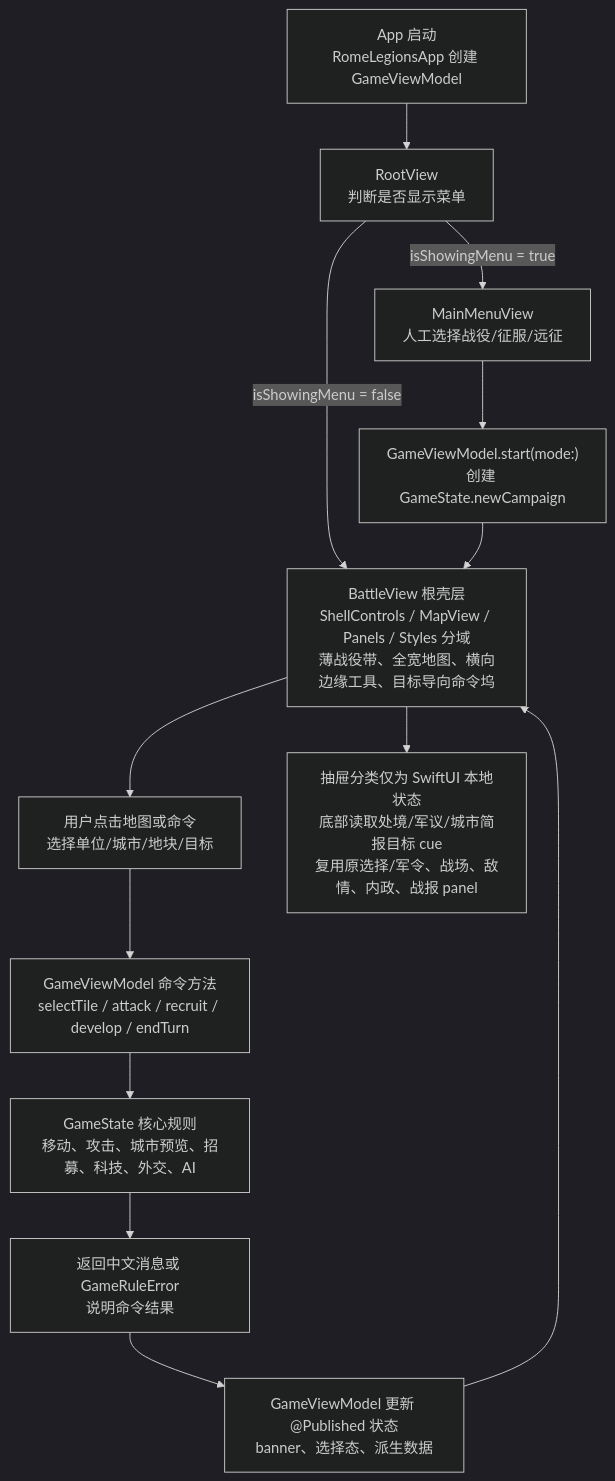
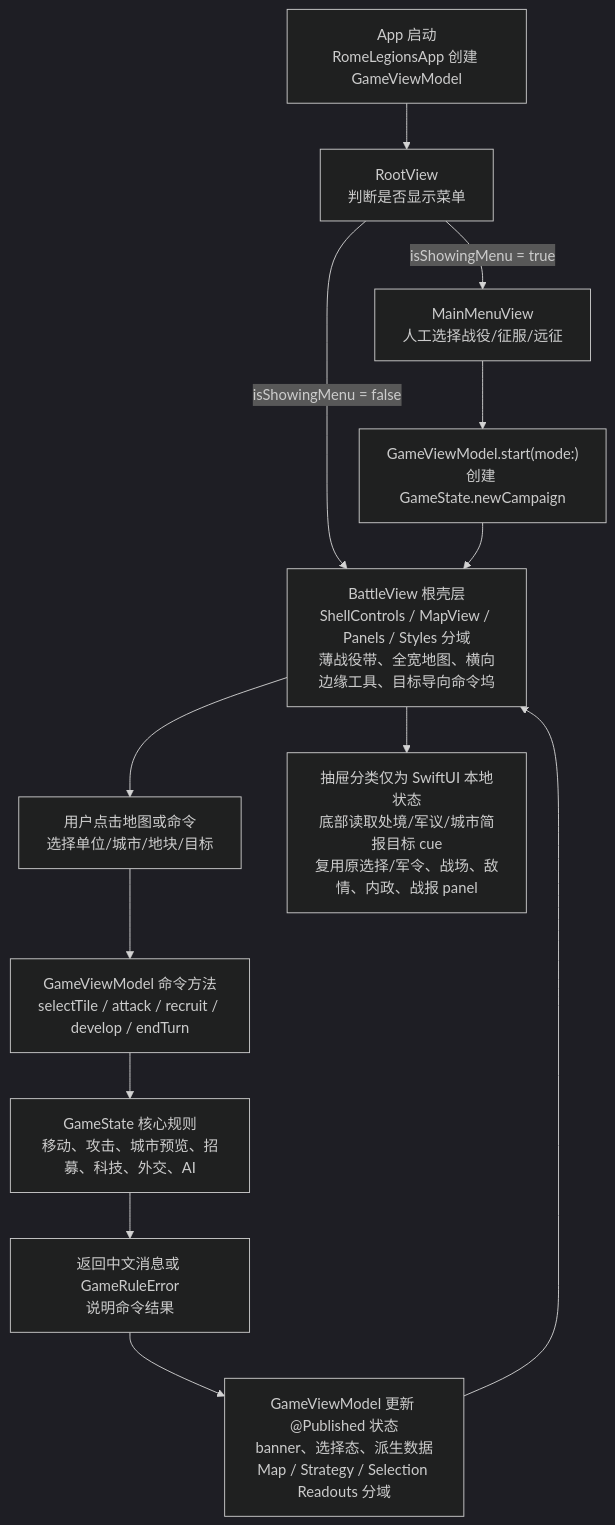
Before and after one commit to Altman-sam114/119: the first of 7 diagrams in md/flow/flowchart.md, drawn with Mermaid (dark theme). The commit also changed 14 other files, not shown here.

Commit message:
refactor(ui): split view model readouts

````diff
--- a/md/flow/flowchart.md
+++ b/md/flow/flowchart.md
@@ -9,15 +9,15 @@
 ```mermaid
 flowchart TD
     A["App 启动<br/>RomeLegionsApp 创建 GameViewModel"] --> B["RootView<br/>判断是否显示菜单"]
     B -->|isShowingMenu = true| C["MainMenuView<br/>人工选择战役/征服/远征"]
     C --> D["GameViewModel.start(mode:)<br/>创建 GameState.newCampaign"]
     B -->|isShowingMenu = false| E["BattleView 根壳层<br/>ShellControls / MapView / Panels / Styles 分域<br/>薄战役带、全宽地图、横向边缘工具、目标导向命令坞"]
     D --> E
     E --> F["用户点击地图或命令<br/>选择单位/城市/地块/目标"]
     F --> G["GameViewModel 命令方法<br/>selectTile / attack / recruit / develop / endTurn"]
     G --> H["GameState 核心规则<br/>移动、攻击、城市预览、招募、科技、外交、AI"]
     H --> I["返回中文消息或 GameRuleError<br/>说明命令结果"]
-    I --> J["GameViewModel 更新 @Published 状态<br/>banner、选择态、派生数据"]
+    I --> J["GameViewModel 更新 @Published 状态<br/>banner、选择态、派生数据<br/>Map / Strategy / Selection Readouts 分域"]
     J --> E
     E --> K["抽屉分类仅为 SwiftUI 本地状态<br/>底部读取处境/军议/城市简报目标 cue<br/>复用原选择/军令、战场、敌情、内政、战报 panel"]
 ```
````
